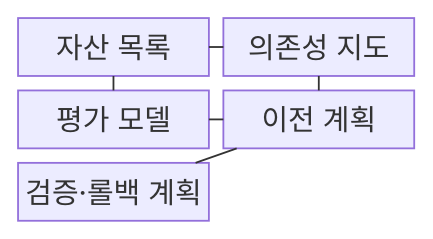
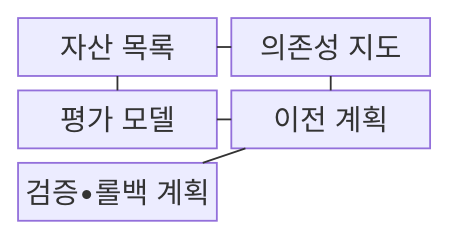
One commit to agnusdei1207/knowledge-base changed the first of 2 diagrams in src/content/docs/notes/03-software/146_cloud_migration_6r.md. Above: the diagram before and after it, drawn with Mermaid. The commit also changed other lines of this file and 953 other files, not shown here.

````diff
--- a/src/content/docs/notes/03-software/146_cloud_migration_6r.md
+++ b/src/content/docs/notes/03-software/146_cloud_migration_6r.md
@@ -69,14 +69,14 @@
 ```mermaid
 block
     columns 2
     A["자산 목록"]
     D["의존성 지도"]
     E["평가 모델"]
     M["이전 계획"]
-    V["검증·롤백 계획"]
+    V["검증•롤백 계획"]
     A --- D
     A --- E
     D --- M
     E --- M
     M --- V
 ```
````
